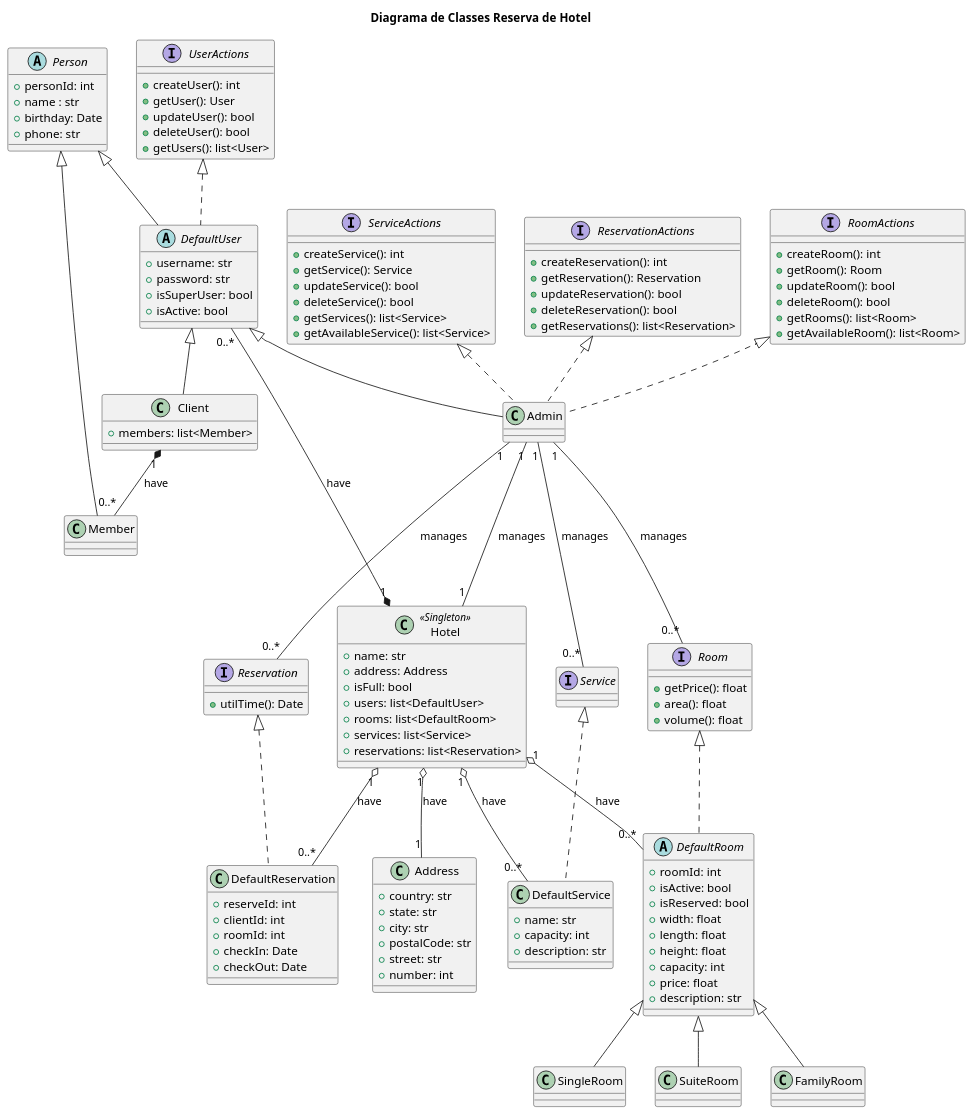
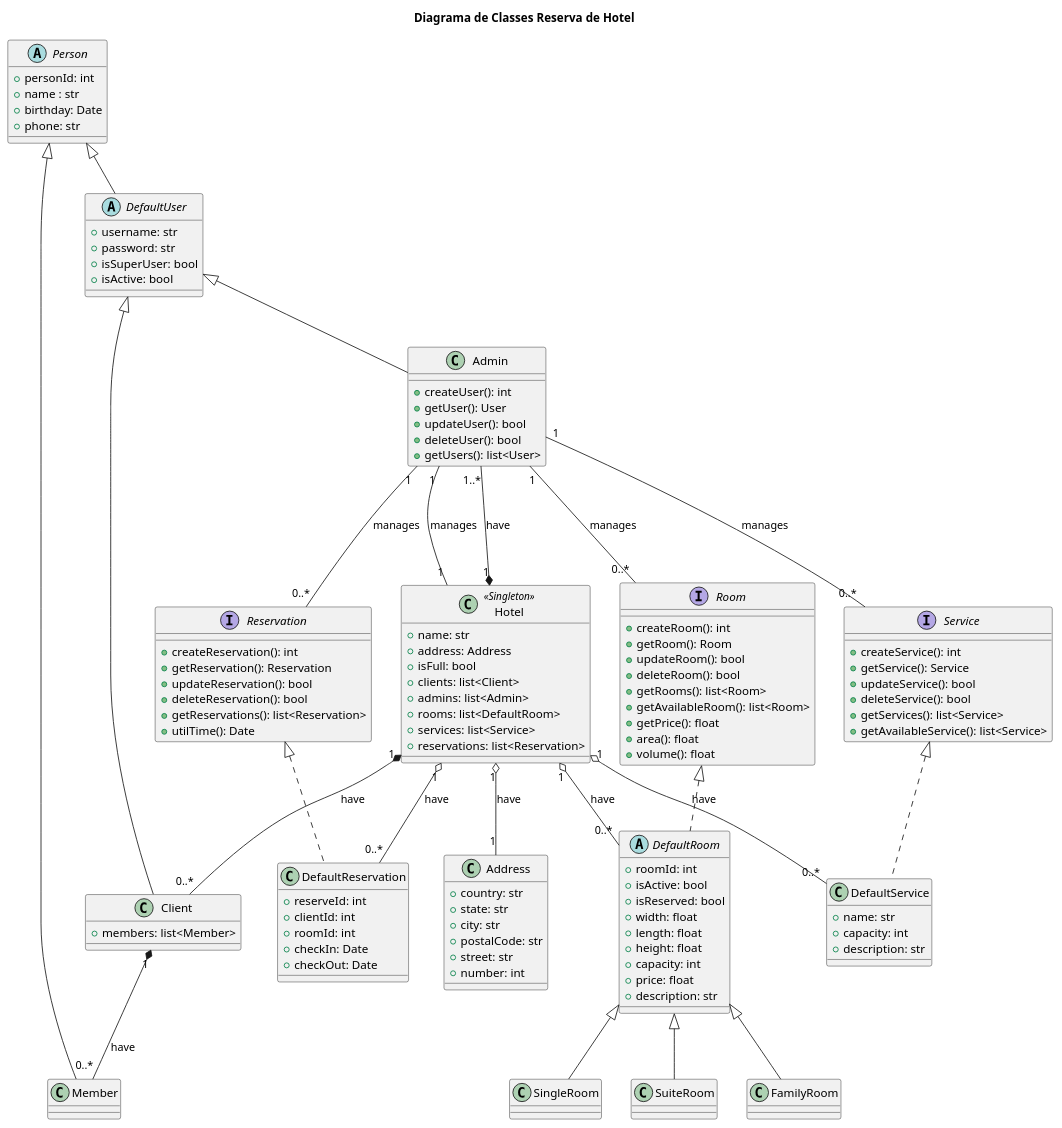
One commit to azmovi/reserva-de-hotel changed the diagram in diagrama_de_classes.iuml. Above: the diagram before and after it, drawn with PlantUML.

Commit message:
Diagrama ultimato

```diff
--- a/diagrama_de_classes.iuml
+++ b/diagrama_de_classes.iuml
@@ -1,143 +1,139 @@
 @startuml
 title Diagrama de Classes Reserva de Hotel
 
 abstract class Person {
     +personId: int 
     +name : str
     +birthday: Date
     +phone: str
 }
 
-interface UserActions {
-    +createUser(): int
-    +getUser(): User
-    +updateUser(): bool
-    +deleteUser(): bool
-    +getUsers(): list<User>
-}
-
-interface ReservationActions {
-    +createReservation(): int
-    +getReservation(): Reservation
-    +updateReservation(): bool
-    +deleteReservation(): bool
-    +getReservations(): list<Reservation>
-}
 
 class Client extends DefaultUser {
     +members: list<Member> 
 }
 
-abstract class DefaultUser extends Person implements UserActions {
+abstract class DefaultUser extends Person {
     +username: str
     +password: str
     +isSuperUser: bool 
     +isActive: bool 
 }
 
-class Admin extends DefaultUser implements ReservationActions, RoomActions, ServiceActions {
+class Admin extends DefaultUser {
 
+    +createUser(): int
+    +getUser(): User
+    +updateUser(): bool
+    +deleteUser(): bool
+    +getUsers(): list<User>
 }
 
 
 class Member extends Person {
 }
 
 
 class Hotel <<Singleton>> {
     +name: str
     +address: Address
     +isFull: bool
-    +users: list<DefaultUser>
+    +clients: list<Client>
+    +admins: list<Admin>
     +rooms: list<DefaultRoom>
     +services: list<Service>
     +reservations: list<Reservation>
-}
-
-interface RoomActions {
-    +createRoom(): int
-    +getRoom(): Room
-    +updateRoom(): bool
-    +deleteRoom(): bool
-    +getRooms(): list<Room>
-    +getAvailableRoom(): list<Room>
-}
-
-interface ServiceActions {
-    +createService(): int
-    +getService(): Service
-    +updateService(): bool
-    +deleteService(): bool
-    +getServices(): list<Service>
-    +getAvailableService(): list<Service>
 }
 
 class Address {
     +country: str
     +state: str
     +city: str
     +postalCode: str
     +street: str
     +number: int
 }
 
 interface Room {
+    +createRoom(): int
+    +getRoom(): Room
+    +updateRoom(): bool
+    +deleteRoom(): bool
+    +getRooms(): list<Room>
+    +getAvailableRoom(): list<Room>
     +getPrice(): float
     +area(): float
     +volume(): float
 }
 
 abstract class DefaultRoom implements Room {
     +roomId: int
     +isActive: bool
     +isReserved: bool
     +width: float
     +length: float
     +height: float
     +capacity: int
     +price: float
     +description: str
 }
 
 
 class SingleRoom extends DefaultRoom {
 }
 
 class SuiteRoom extends DefaultRoom {
 }
 
 class FamilyRoom extends DefaultRoom {
 }
 
+interface Service {
+    +createService(): int
+    +getService(): Service
+    +updateService(): bool
+    +deleteService(): bool
+    +getServices(): list<Service>
+    +getAvailableService(): list<Service>
+}
+
 class DefaultService implements Service {
     +name: str
     +capacity: int 
     +description: str
+
 }
 
 interface Reservation {
+    +createReservation(): int
+    +getReservation(): Reservation
+    +updateReservation(): bool
+    +deleteReservation(): bool
+    +getReservations(): list<Reservation>
     +utilTime(): Date
 }
 
 class DefaultReservation implements Reservation {
     +reserveId: int
     +clientId: int 
     +roomId: int 
     +checkIn: Date
     +checkOut: Date
 
 }
 
 Hotel "1" o-- "1"     Address: have
-Hotel "1" *-- "0..*"  DefaultUser: have
+Hotel "1" *-- "1..*"  Admin: have
+Hotel "1" *-- "0..*"  Client: have
 Hotel "1" o-- "0..*"  DefaultRoom: have
 Hotel "1" o-- "0..*"  DefaultService: have
 Hotel "1" o-- "0..*"  DefaultReservation: have
 
 Admin "1" --- "0..*"  Service: manages
 Admin "1" --- "0..*"  Room: manages
 Admin "1" --- "0..*"  Reservation: manages
 Admin "1" --- "1"     Hotel: manages
 
+
 Client "1" *-- "0..*" Member: have
 @enduml
```
